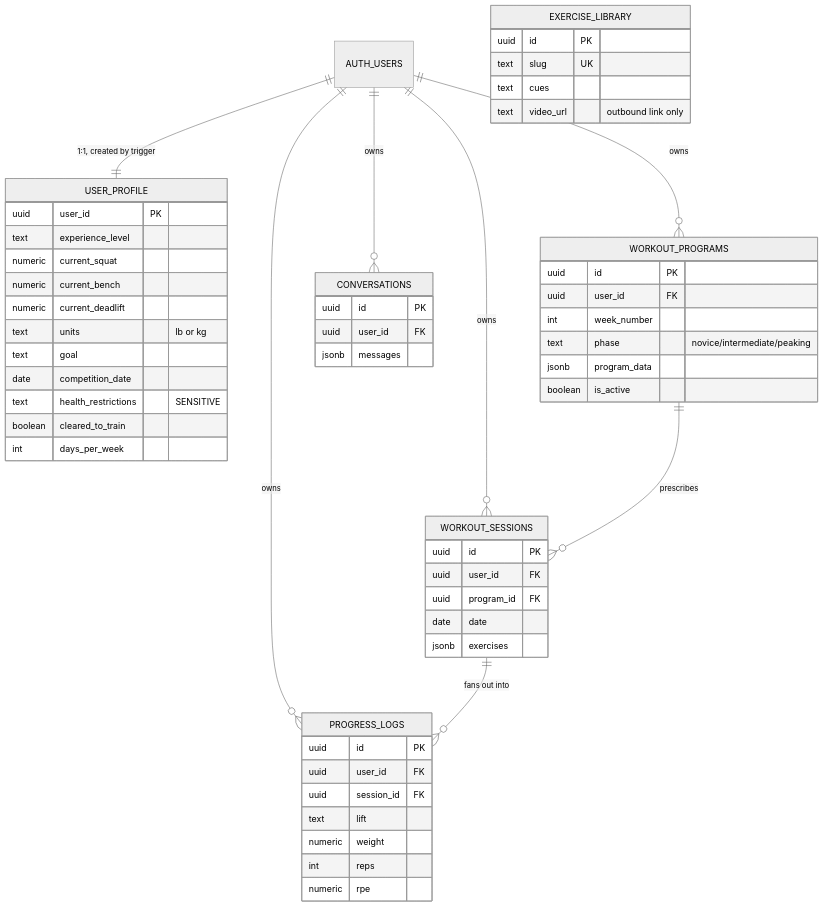
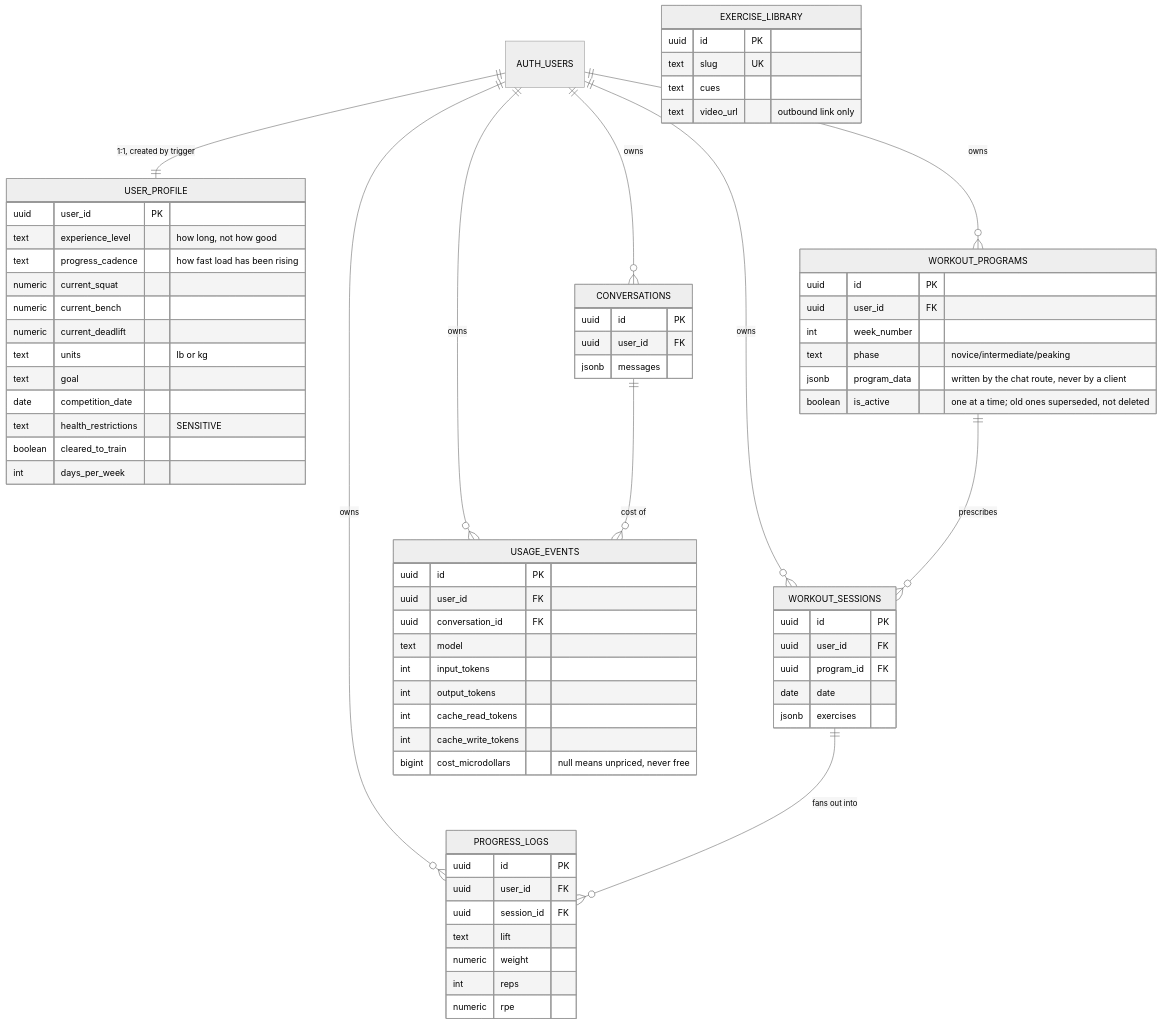
The third of 3 diagrams in docs/ARCHITECTURE.md (keepitonthehushhush/powerlifting-ai-coach), drawn with Mermaid (neutral theme) before and after one commit. The commit also changed other lines of this file and 1 other file, not shown here.

````diff
--- a/docs/ARCHITECTURE.md
+++ b/docs/ARCHITECTURE.md
@@ -86,59 +108,73 @@
 ```mermaid
 erDiagram
     AUTH_USERS ||--|| USER_PROFILE : "1:1, created by trigger"
     AUTH_USERS ||--o{ WORKOUT_PROGRAMS : owns
     AUTH_USERS ||--o{ WORKOUT_SESSIONS : owns
     AUTH_USERS ||--o{ PROGRESS_LOGS : owns
     AUTH_USERS ||--o{ CONVERSATIONS : owns
+    AUTH_USERS ||--o{ USAGE_EVENTS : owns
+    CONVERSATIONS ||--o{ USAGE_EVENTS : "cost of"
     WORKOUT_PROGRAMS ||--o{ WORKOUT_SESSIONS : prescribes
     WORKOUT_SESSIONS ||--o{ PROGRESS_LOGS : "fans out into"
 
     USER_PROFILE {
         uuid user_id PK
-        text experience_level
+        text experience_level "how long, not how good"
+        text progress_cadence "how fast load has been rising"
         numeric current_squat
         numeric current_bench
         numeric current_deadlift
         text units "lb or kg"
         text goal
         date competition_date
         text health_restrictions "SENSITIVE"
         boolean cleared_to_train
         int days_per_week
     }
     WORKOUT_PROGRAMS {
         uuid id PK
         uuid user_id FK
         int week_number
         text phase "novice/intermediate/peaking"
-        jsonb program_data
-        boolean is_active
+        jsonb program_data "written by the chat route, never by a client"
+        boolean is_active "one at a time; old ones superseded, not deleted"
+    }
+    USAGE_EVENTS {
+        uuid id PK
+        uuid user_id FK
+        uuid conversation_id FK
+        text model
+        int input_tokens
+        int output_tokens
+        int cache_read_tokens
+        int cache_write_tokens
+        bigint cost_microdollars "null means unpriced, never free"
     }
     WORKOUT_SESSIONS {
         uuid id PK
         uuid user_id FK
         uuid program_id FK
         date date
         jsonb exercises
     }
     PROGRESS_LOGS {
         uuid id PK
         uuid user_id FK
         uuid session_id FK
         text lift
         numeric weight
         int reps
         numeric rpe
     }
     CONVERSATIONS {
         uuid id PK
         uuid user_id FK
         jsonb messages
     }
     EXERCISE_LIBRARY {
         uuid id PK
         text slug UK
         text cues
         text video_url "outbound link only"
     }
 ```
````
